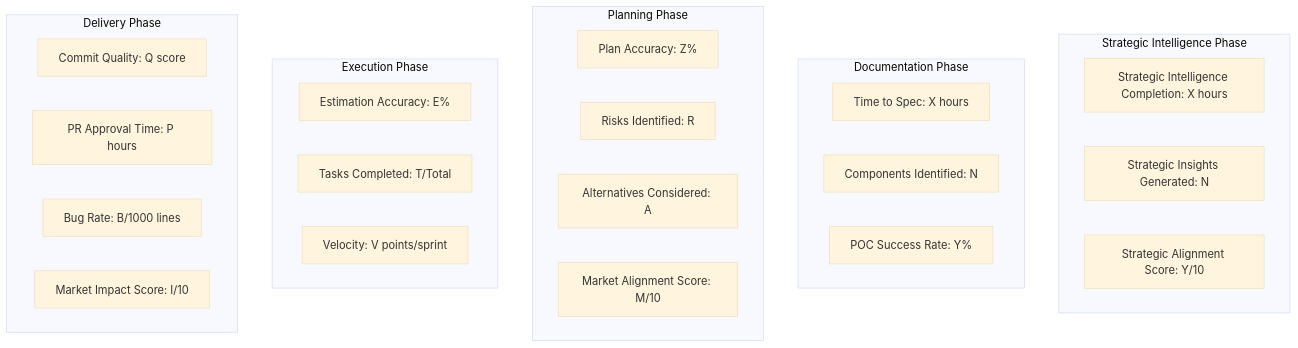
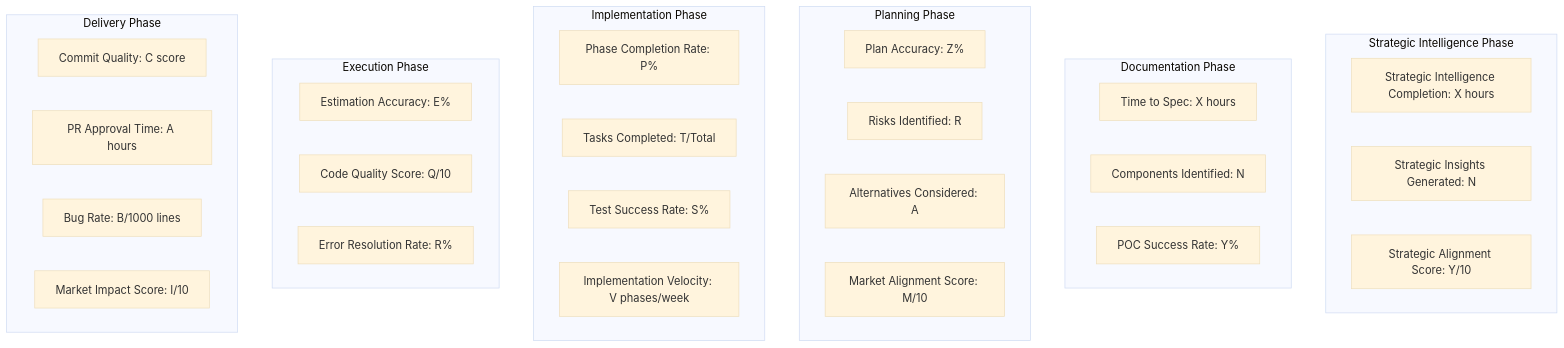
Diagram 17 of 23 in commands/WORKFLOW.md (Mathews-Tom/sage-dev), drawn with Mermaid (base theme) before and after one commit. The commit also changed other lines of this file and 2 other files, not shown here.

First line of the commit message:
docs: introduce /implement command and integrate phased implementation across workflow

````diff
--- a/commands/WORKFLOW.md
+++ b/commands/WORKFLOW.md
@@ -480,34 +517,41 @@
 ```mermaid
 graph TD
     subgraph "Strategic Intelligence Phase"
         M0[Strategic Intelligence Completion: X hours]
         M01[Strategic Insights Generated: N]
         M02[Strategic Alignment Score: Y/10]
     end
 
     subgraph "Documentation Phase"
         M1[Time to Spec: X hours]
         M2[Components Identified: N]
         M3[POC Success Rate: Y%]
     end
 
     subgraph "Planning Phase"
         M4[Plan Accuracy: Z%]
         M5[Risks Identified: R]
         M6[Alternatives Considered: A]
         M7[Market Alignment Score: M/10]
     end
 
+    subgraph "Implementation Phase"
+        M8[Phase Completion Rate: P%]
+        M9[Tasks Completed: T/Total]
+        M10[Test Success Rate: S%]
+        M11[Implementation Velocity: V phases/week]
+    end
+
     subgraph "Execution Phase"
-        M8[Estimation Accuracy: E%]
-        M9[Tasks Completed: T/Total]
-        M10[Velocity: V points/sprint]
+        M12[Estimation Accuracy: E%]
+        M13[Code Quality Score: Q/10]
+        M14[Error Resolution Rate: R%]
     end
 
     subgraph "Delivery Phase"
-        M11[Commit Quality: Q score]
-        M12[PR Approval Time: P hours]
-        M13[Bug Rate: B/1000 lines]
-        M14[Market Impact Score: I/10]
+        M15[Commit Quality: C score]
+        M16[PR Approval Time: A hours]
+        M17[Bug Rate: B/1000 lines]
+        M18[Market Impact Score: I/10]
     end
 ```
````
